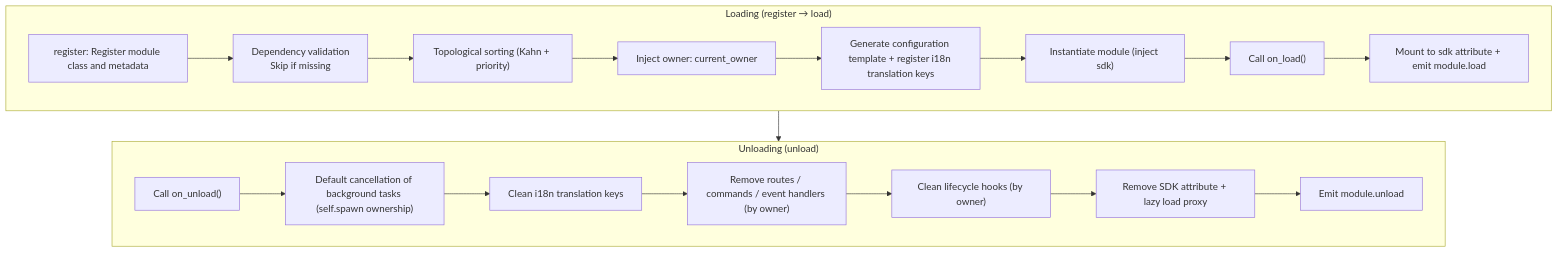
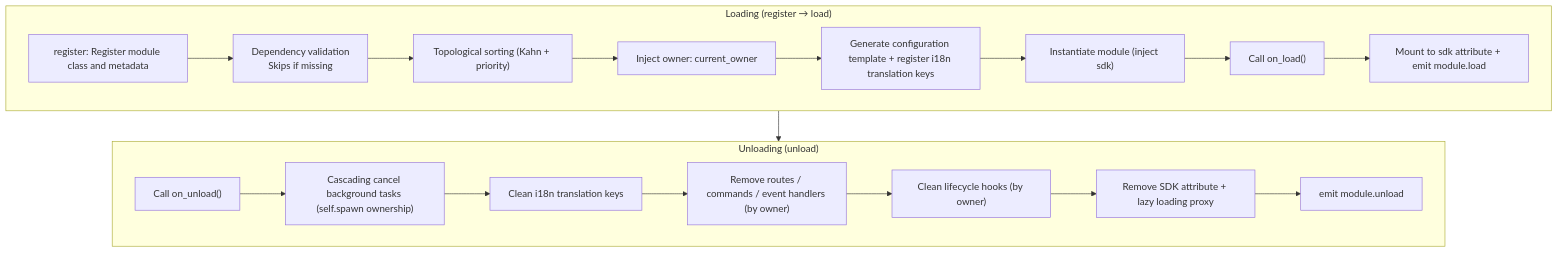
Before and after one commit to ErisPulse/ErisPulse: the diagram in docs/en/developer-guide/modules/core-concepts.md, drawn with Mermaid. The commit also changed other lines of this file and 43 other files, not shown here.

````diff
--- a/docs/en/developer-guide/modules/core-concepts.md
+++ b/docs/en/developer-guide/modules/core-concepts.md
@@ -90,23 +93,23 @@
 ```mermaid
 flowchart TD
     subgraph Load["Loading (register → load)"]
-        L1["register: Register module class and metadata"] --> L2["Dependency validation<br/>Skip if missing"]
+        L1["register: Register module class and metadata"] --> L2["Dependency validation<br/>Skips if missing"]
         L2 --> L3["Topological sorting (Kahn + priority)"]
         L3 --> L4["Inject owner: current_owner"]
         L4 --> L5["Generate configuration template + register i18n translation keys"]
         L5 --> L6["Instantiate module (inject sdk)"]
         L6 --> L7["Call on_load()"]
         L7 --> L8["Mount to sdk attribute + emit module.load"]
     end
 
     subgraph Unload["Unloading (unload)"]
-        U1["Call on_unload()"] --> U2["Default cancellation of background tasks (self.spawn ownership)"]
+        U1["Call on_unload()"] --> U2["Cascading cancel background tasks (self.spawn ownership)"]
         U2 --> U3["Clean i18n translation keys"]
         U3 --> U4["Remove routes / commands / event handlers (by owner)"]
         U4 --> U5["Clean lifecycle hooks (by owner)"]
-        U5 --> U6["Remove SDK attribute + lazy load proxy"]
-        U6 --> U7["Emit module.unload"]
+        U5 --> U6["Remove SDK attribute + lazy loading proxy"]
+        U6 --> U7["emit module.unload"]
     end
 
     Load --> Unload
 ```
````
